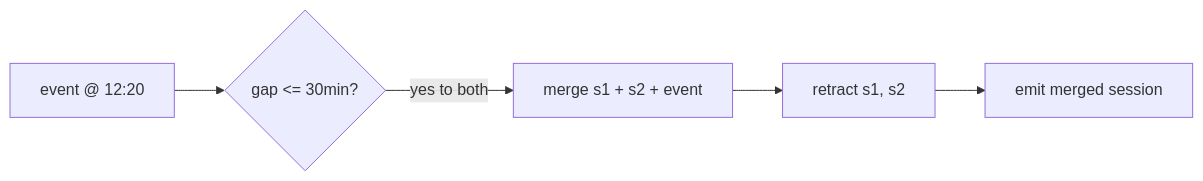
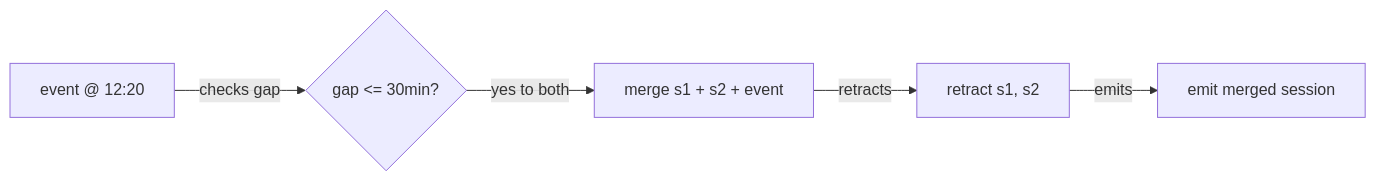
Before and after one commit to vinayakuber/streaming-systems-study-guide: diagram 11 of 19 in docs/ch04-advanced-windowing.md, drawn with Mermaid. The commit also changed other lines of this file and 22 other files, not shown here.

First line of the commit message:
R18: label every diagram arrow with its meaning

````diff
--- a/docs/ch04-advanced-windowing.md
+++ b/docs/ch04-advanced-windowing.md
@@ -290,7 +290,7 @@
 ```mermaid
 flowchart LR
-  E["event @ 12:20"] --> G{gap <= 30min?}
+  E["event @ 12:20"] -->|"checks gap"| G{gap <= 30min?}
   G -->|yes to both| M["merge s1 + s2 + event"]
-  M --> R["retract s1, s2"]
-  R --> O["emit merged session"]
+  M -->|"retracts"| R["retract s1, s2"]
+  R -->|"emits"| O["emit merged session"]
 ```
````
